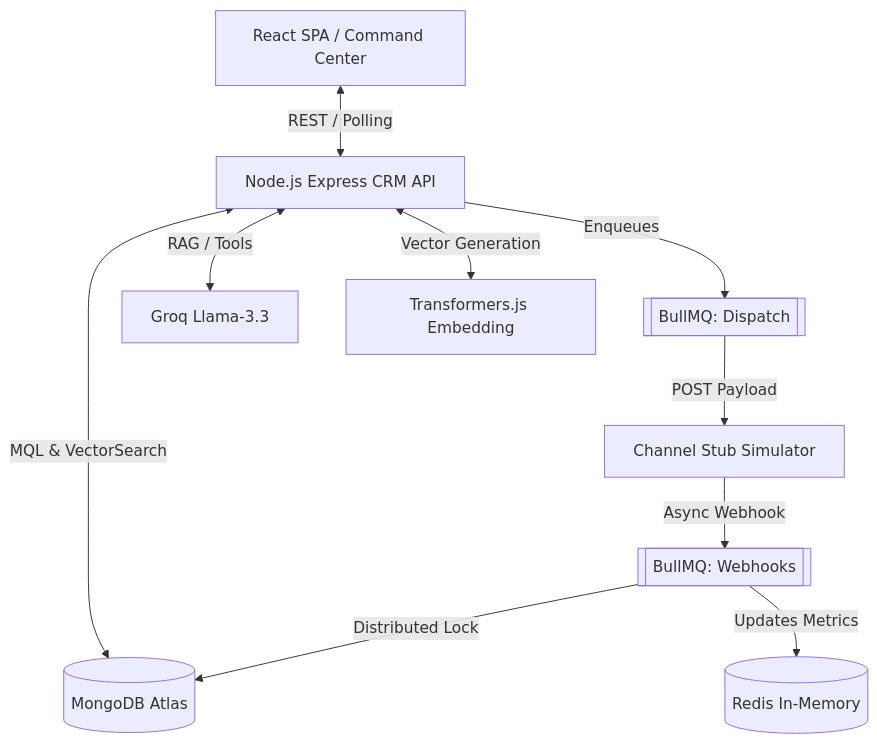
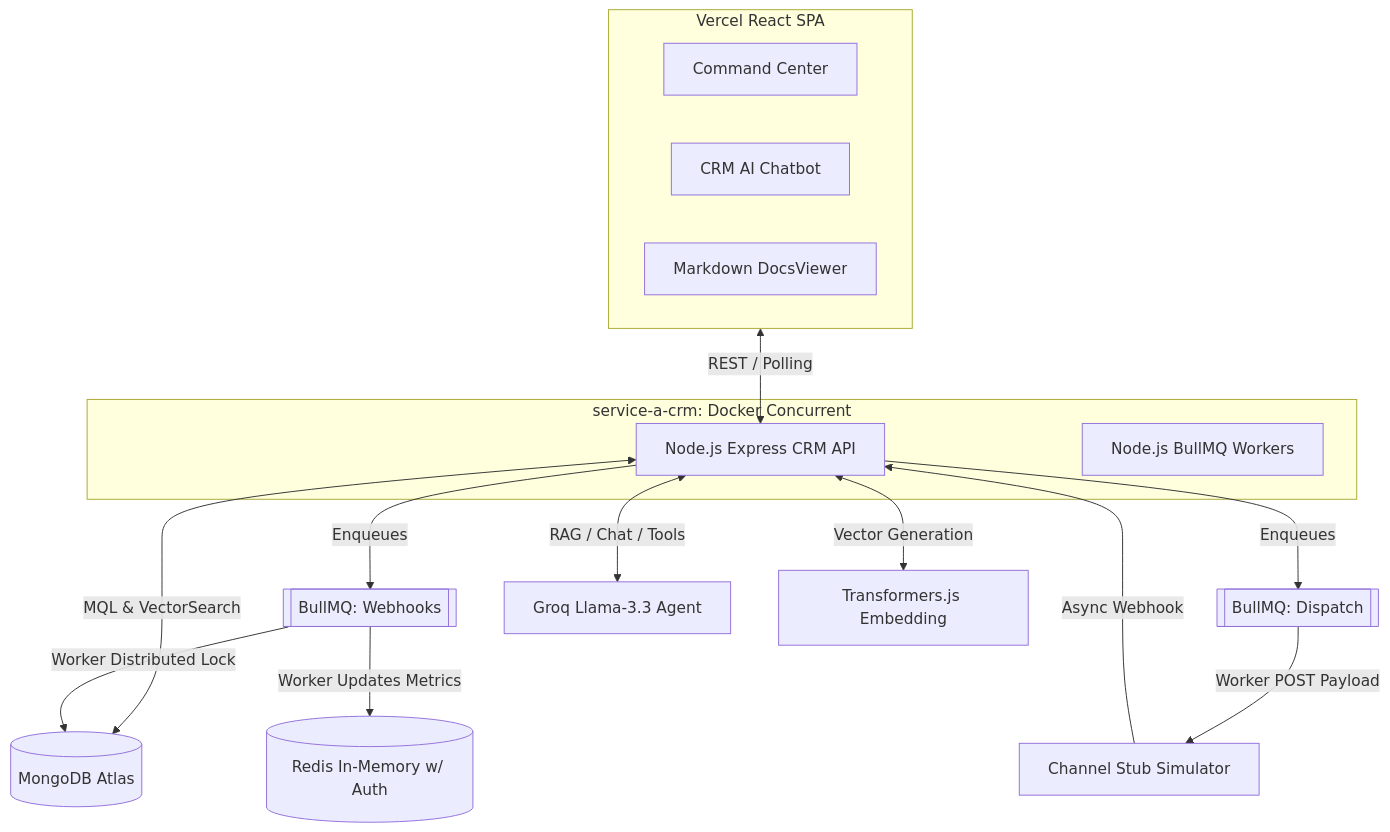
Before and after one commit to AviBapatu/Project-Cortex: the diagram in docs-deep-dive/01-architecture-and-tradeoffs.md, drawn with Mermaid.

Commit message:
docs: update architecture mermaid diagram to reflect Vercel deployment, Dockerized workers, and refined service interaction flows

````diff
--- a/docs-deep-dive/01-architecture-and-tradeoffs.md
+++ b/docs-deep-dive/01-architecture-and-tradeoffs.md
@@ -6,29 +6,40 @@
 ```mermaid
 graph TD
-    %% Core Nodes
-    Client[React SPA / Command Center]
-    CRM_API[Node.js Express CRM API]
+    %% Vercel Hosted Client
+    subgraph Client[Vercel React SPA]
+        CommandCenter[Command Center]
+        ChatbotUI[CRM AI Chatbot]
+        DocsViewer[Markdown DocsViewer]
+    end
+    
+    %% Dockerized CRM Service
+    subgraph CRM_Node[service-a-crm: Docker Concurrent]
+        CRM_API[Node.js Express CRM API]
+        Workers[Node.js BullMQ Workers]
+    end
+
     Stub_API[Channel Stub Simulator]
     
     %% Databases & Queues
     Mongo[(MongoDB Atlas)]
-    Redis[(Redis In-Memory)]
+    Redis[(Redis In-Memory w/ Auth)]
     BullMQ_Dispatch[[BullMQ: Dispatch]]
     BullMQ_Webhook[[BullMQ: Webhooks]]
     
     %% LLM / AI
-    Groq[Groq Llama-3.3]
+    Groq[Groq Llama-3.3 Agent]
     Local_Embed[Transformers.js Embedding]
 
     %% Flows
     Client <-->|REST / Polling| CRM_API
-    CRM_API <-->|RAG / Tools| Groq
+    CRM_API <-->|RAG / Chat / Tools| Groq
     CRM_API <-->|Vector Generation| Local_Embed
     CRM_API <-->|MQL & VectorSearch| Mongo
     
     CRM_API -->|Enqueues| BullMQ_Dispatch
-    BullMQ_Dispatch -->|POST Payload| Stub_API
-    Stub_API -->|Async Webhook| BullMQ_Webhook
-    BullMQ_Webhook -->|Updates Metrics| Redis
-    BullMQ_Webhook -->|Distributed Lock| Mongo
+    BullMQ_Dispatch -->|Worker POST Payload| Stub_API
+    Stub_API -->|Async Webhook| CRM_API
+    CRM_API -->|Enqueues| BullMQ_Webhook
+    BullMQ_Webhook -->|Worker Updates Metrics| Redis
+    BullMQ_Webhook -->|Worker Distributed Lock| Mongo
 ```
````
